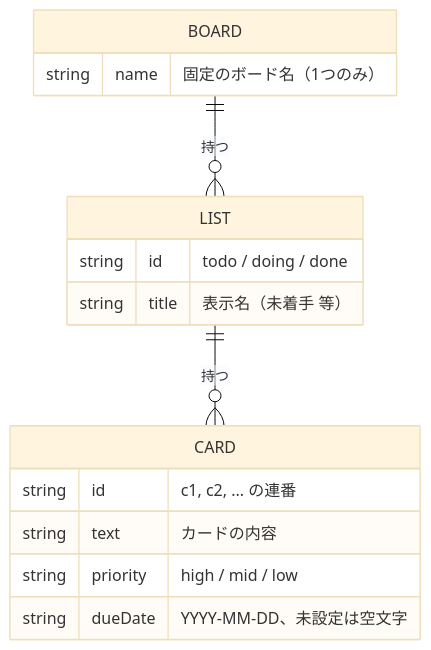
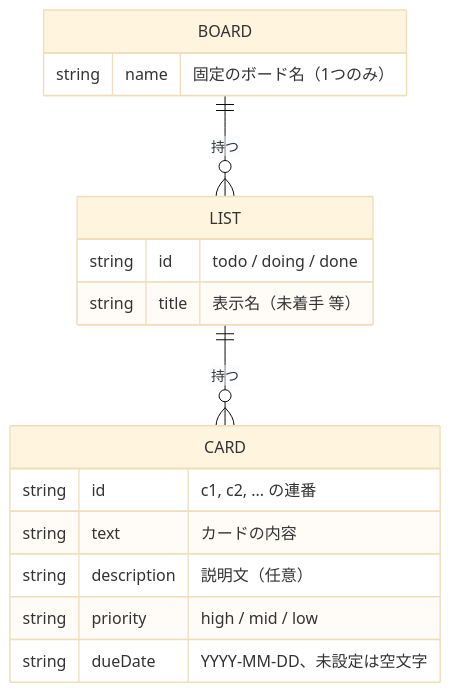
Before and after one commit to ibubu7777777-ux/TaskManagement: the diagram in docs/データベース設計.md, drawn with Mermaid (base theme). The commit also changed other lines of this file and 9 other files, not shown here.

````diff
--- a/docs/データベース設計.md
+++ b/docs/データベース設計.md
@@ -41,19 +42,20 @@
 ```mermaid
 erDiagram
     BOARD ||--o{ LIST : "持つ"
     LIST ||--o{ CARD : "持つ"
 
     BOARD {
         string name "固定のボード名（1つのみ）"
     }
     LIST {
         string id "todo / doing / done"
         string title "表示名（未着手 等）"
     }
     CARD {
         string id "c1, c2, ... の連番"
         string text "カードの内容"
+        string description "説明文（任意）"
         string priority "high / mid / low"
         string dueDate "YYYY-MM-DD、未設定は空文字"
     }
 ```
````
